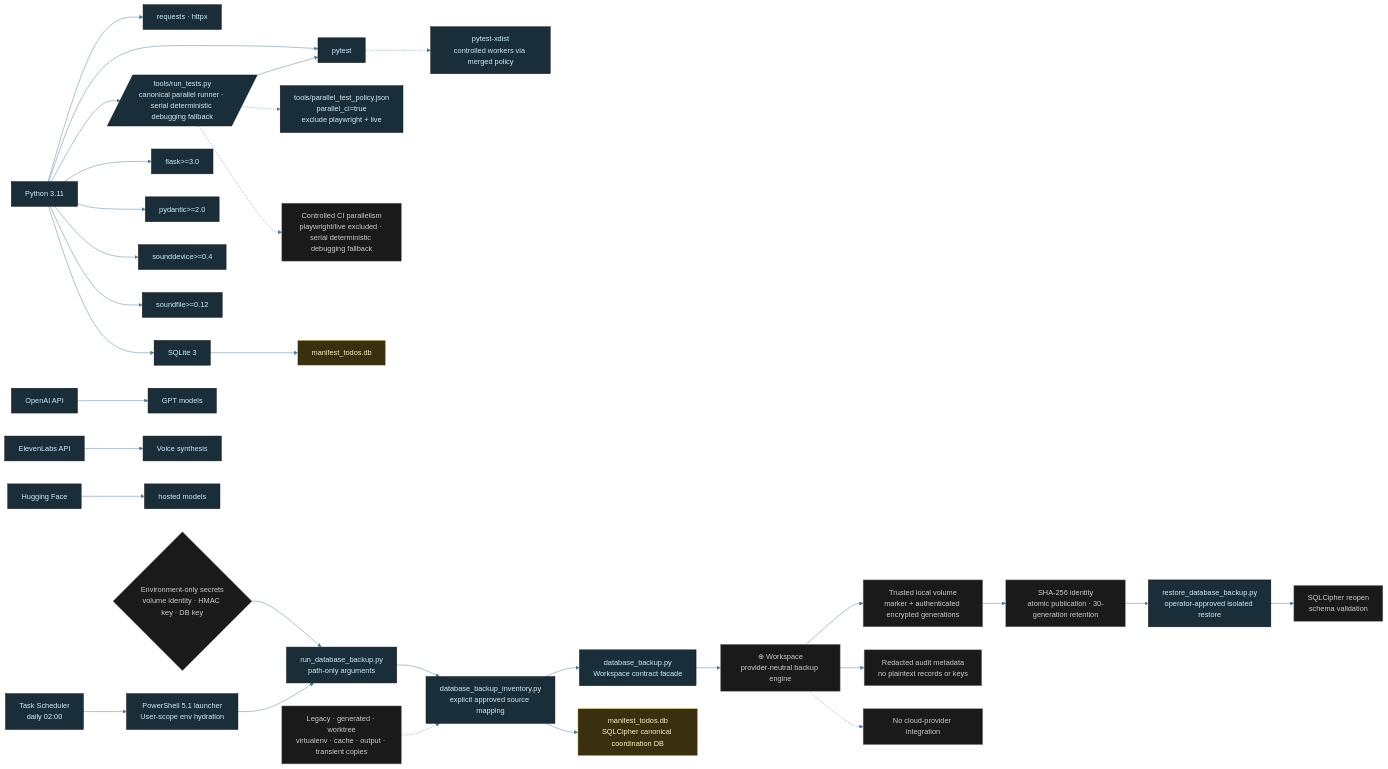
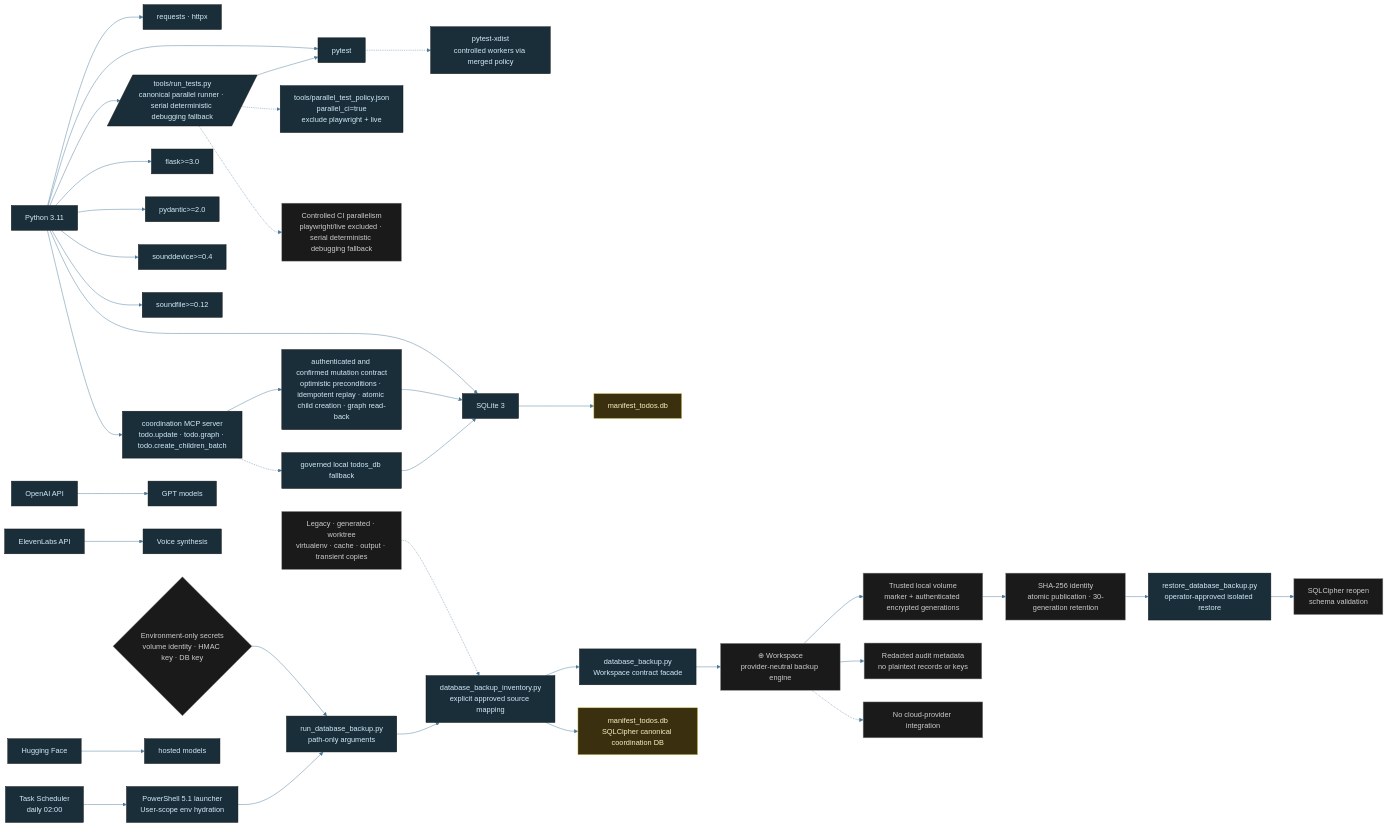
The diagram in diagrams/manifest-tech-stack.mmd (tylerdrakemusic/-Workspace), drawn with Mermaid before and after one commit. The commit also changed 4 other files, not shown here.

Commit message:
⊕ workspace: integrate manifest architecture diagrams

```diff
--- a/diagrams/manifest-tech-stack.mmd
+++ b/diagrams/manifest-tech-stack.mmd
@@ -1,54 +1,60 @@
 %%{init: {'theme': 'base', 'themeVariables': {'primaryColor': '#1a2e3a', 'primaryTextColor': '#d0ecf8', 'edgeLabelBackground': '#0f1318', 'lineColor': '#4a7a9a'}}}%%
 graph LR
     Python[Python 3.11] --> Requests[requests · httpx]
     Python --> Pytest[pytest]
     Python --> TestRunner[/tools/run_tests.py<br/>canonical parallel runner · serial deterministic debugging fallback/]
     TestRunner --> Pytest
     TestRunner -.-> TestPolicy[tools/parallel_test_policy.json<br/>parallel_ci=true<br/>exclude playwright + live]
     Pytest -.-> Xdist[pytest-xdist<br/>controlled workers via merged policy]
     TestRunner -.-> ParallelEvidence[Controlled CI parallelism<br/>playwright/live excluded · serial deterministic debugging fallback]
     Python --> Flask[flask>=3.0]
     Python --> Pydantic[pydantic>=2.0]
     Python --> Sounddevice[sounddevice>=0.4]
     Python --> Soundfile[soundfile>=0.12]
     Python --> SQLite[SQLite 3]
     SQLite --> TodosDB[manifest_todos.db]
+    Python --> CoordinatorMCP[coordination MCP server<br/>todo.update · todo.graph · todo.create_children_batch]
+    CoordinatorMCP --> Contract[authenticated and confirmed mutation contract<br/>optimistic preconditions · idempotent replay · atomic child creation · graph read-back]
+    Contract --> SQLite
+    CoordinatorMCP -.-> LocalFallback[governed local todos_db fallback]
+    LocalFallback --> SQLite
     class SQLite lib
     class TodosDB db
+    class CoordinatorMCP,Contract,LocalFallback util
     OpenAI[OpenAI API] --> GPT[GPT models]
     ElevenLabs[ElevenLabs API] --> TTS[Voice synthesis]
     HF[Hugging Face] --> Models[hosted models]
     class Python lang
     class OpenAI,ElevenLabs,HF api
     class Requests,Pytest,TestRunner,TestPolicy,Xdist,Flask,Pydantic,Sounddevice,Soundfile,GPT,TTS,Models lib
     class ParallelEvidence state
 
     %% FR-20260816-ai-manifest-database-backup-restore
     BackupFacade[database_backup.py<br/>Workspace contract facade] --> BackupEngine[⊕ Workspace<br/>provider-neutral backup engine]
     BackupInventory[database_backup_inventory.py<br/>explicit approved source mapping] --> BackupFacade
     BackupInventory --> ManifestTodoDB[manifest_todos.db<br/>SQLCipher canonical coordination DB]
     BackupLauncher[PowerShell 5.1 launcher<br/>User-scope env hydration] --> BackupRunner[run_database_backup.py<br/>path-only arguments]
     BackupTask[Task Scheduler<br/>daily 02:00] --> BackupLauncher
     BackupRunner --> BackupInventory
     BackupSecrets{Environment-only secrets<br/>volume identity · HMAC key · DB key} --> BackupRunner
     BackupEngine --> BackupStorage[Trusted local volume<br/>marker + authenticated encrypted generations]
     BackupStorage --> BackupIntegrity[SHA-256 identity<br/>atomic publication · 30-generation retention]
     RestoreTool[restore_database_backup.py<br/>operator-approved isolated restore] --> RestoreCheck[SQLCipher reopen<br/>schema validation]
     BackupIntegrity --> RestoreTool
     BackupEngine --> Audit[Redacted audit metadata<br/>no plaintext records or keys]
     BackupEngine -.-> NoCloud[No cloud-provider integration]
     BackupExclusions[Legacy · generated · worktree<br/>virtualenv · cache · output · transient copies] -.-> BackupInventory
     class BackupFacade,BackupInventory,BackupLauncher,BackupRunner,BackupTask,RestoreTool util
     class BackupEngine,BackupStorage,BackupIntegrity,Audit state
     class ManifestTodoDB db
     class BackupSecrets,NoCloud,BackupExclusions,RestoreCheck state
 
 classDef life     fill:#1a2e3a,stroke:#6ab4d4,color:#d0ecf8
 classDef music    fill:#3a1a24,stroke:#d47a8f,color:#f8d0dc
 classDef quantum  fill:#251a3a,stroke:#a07adf,color:#e8d0f8
 classDef manifest fill:#3a2e1a,stroke:#d4a96a,color:#f8ead0
 classDef ws       fill:#1a3a30,stroke:#6ad4b4,color:#d0f8ee
 classDef tyler    fill:#2a1a3a,stroke:#9e4aff,color:#fff
 classDef ext      fill:#3a2020,stroke:#ff7a7a,color:#ffd0d0
 classDef db       fill:#3a3010,stroke:#d4c050,color:#f8f0c0
 classDef state    fill:#1a1a1a,stroke:#888888,color:#cccccc
```
